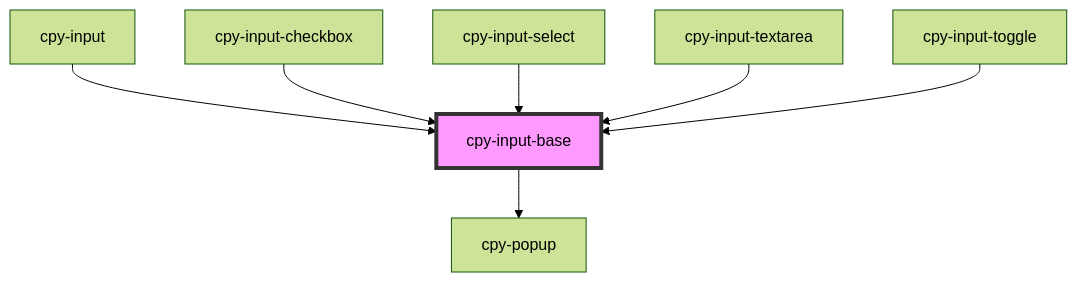
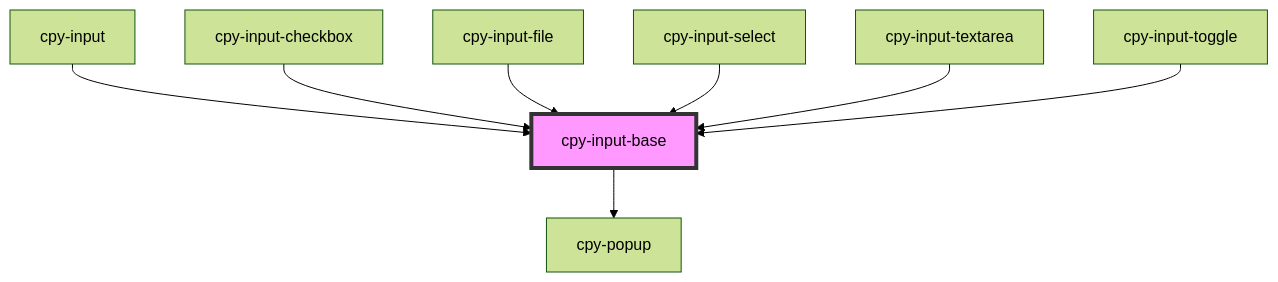
The diagram in stencil-lib/src/components/inputs/readme.md (Lith1um/Canopy-Stencil), drawn with Mermaid (forest theme) before and after one commit. The commit also changed other lines of this file and 21 other files, not shown here.

````diff
--- a/stencil-lib/src/components/inputs/readme.md
+++ b/stencil-lib/src/components/inputs/readme.md
@@ -58,10 +59,11 @@
 ```mermaid
 graph TD;
   cpy-input-base --> cpy-popup
   cpy-input --> cpy-input-base
   cpy-input-checkbox --> cpy-input-base
+  cpy-input-file --> cpy-input-base
   cpy-input-select --> cpy-input-base
   cpy-input-textarea --> cpy-input-base
   cpy-input-toggle --> cpy-input-base
   style cpy-input-base fill:#f9f,stroke:#333,stroke-width:4px
 ```
````
